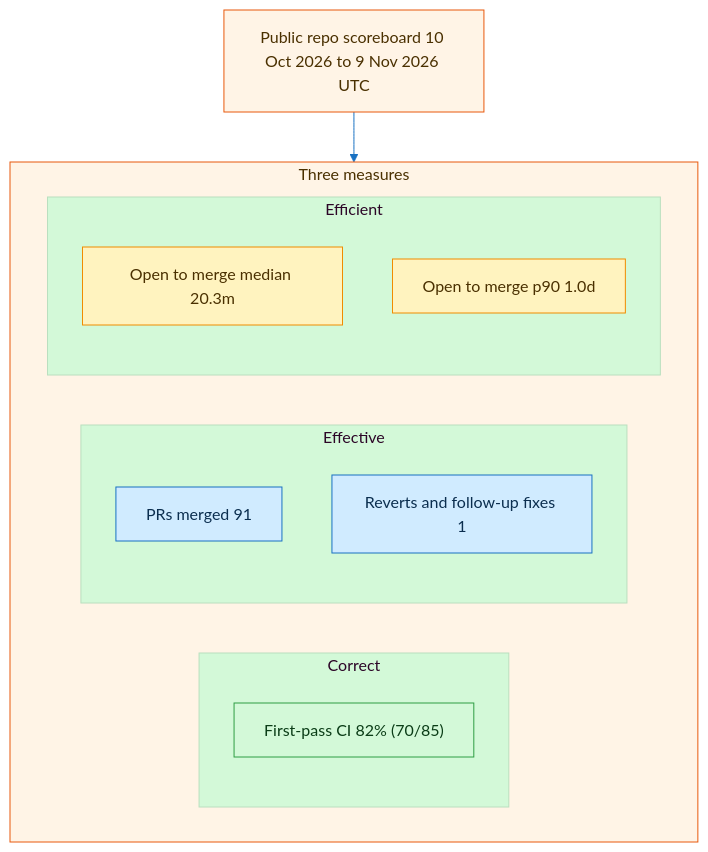
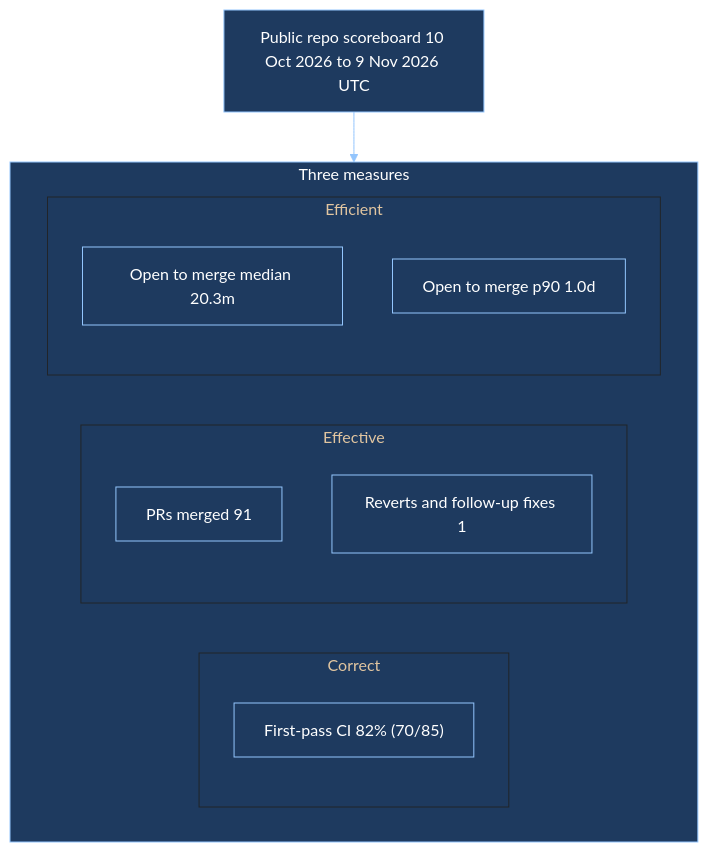
One commit to thecuriousts/ensembly changed the diagram in docs/scoreboard.md. Above: the diagram before and after it, drawn with Mermaid. The commit also changed other lines of this file and 7 other files, not shown here.

First line of the commit message:
Allowlist the public repo full name and darken scoreboard Mermaid

````diff
--- a/docs/scoreboard.md
+++ b/docs/scoreboard.md
@@ -3,28 +3,28 @@
 ```mermaid
-%%{init: {"theme": "base", "themeVariables": {"primaryColor": "#fff3bf", "primaryBorderColor": "#f08c00", "primaryTextColor": "#4a3000", "secondaryColor": "#d0ebff", "tertiaryColor": "#d3f9d8", "lineColor": "#1971c2", "fontFamily": "Inter"}}}%%
+%%{init: {"theme": "base", "themeVariables": {"primaryColor": "#1e3a5f", "primaryBorderColor": "#93c5fd", "primaryTextColor": "#ffffff", "secondaryColor": "#1e3a5f", "tertiaryColor": "#1e3a5f", "lineColor": "#93c5fd", "fontFamily": "Inter"}}}%%
 flowchart TB
   title["Public repo scoreboard 10 Oct 2026 to 9 Nov 2026 UTC"]
   title --> pillars
   subgraph pillars[Three measures]
     direction LR
     subgraph correct[Correct]
       fp["First-pass CI 82% (70/85)"]
     end
     subgraph effective[Effective]
       mg["PRs merged 91"]
       rv["Reverts and follow-up fixes 1"]
     end
     subgraph efficient[Efficient]
       md["Open to merge median 20.3m"]
       p9["Open to merge p90 1.0d"]
     end
   end
-  classDef correct fill:#d3f9d8,stroke:#2f9e44,color:#0b3d17
-  classDef effective fill:#d0ebff,stroke:#1971c2,color:#0b2e4f
-  classDef efficient fill:#fff3bf,stroke:#f08c00,color:#4a3000
-  classDef frame fill:#fff4e6,stroke:#e8590c,color:#4a3000
+  classDef correct fill:#1e3a5f,stroke:#93c5fd,color:#ffffff
+  classDef effective fill:#1e3a5f,stroke:#93c5fd,color:#ffffff
+  classDef efficient fill:#1e3a5f,stroke:#93c5fd,color:#ffffff
+  classDef frame fill:#1e3a5f,stroke:#93c5fd,color:#ffffff
   class fp correct
   class mg,rv effective
   class md,p9 efficient
   class title,pillars frame
 ```
````
